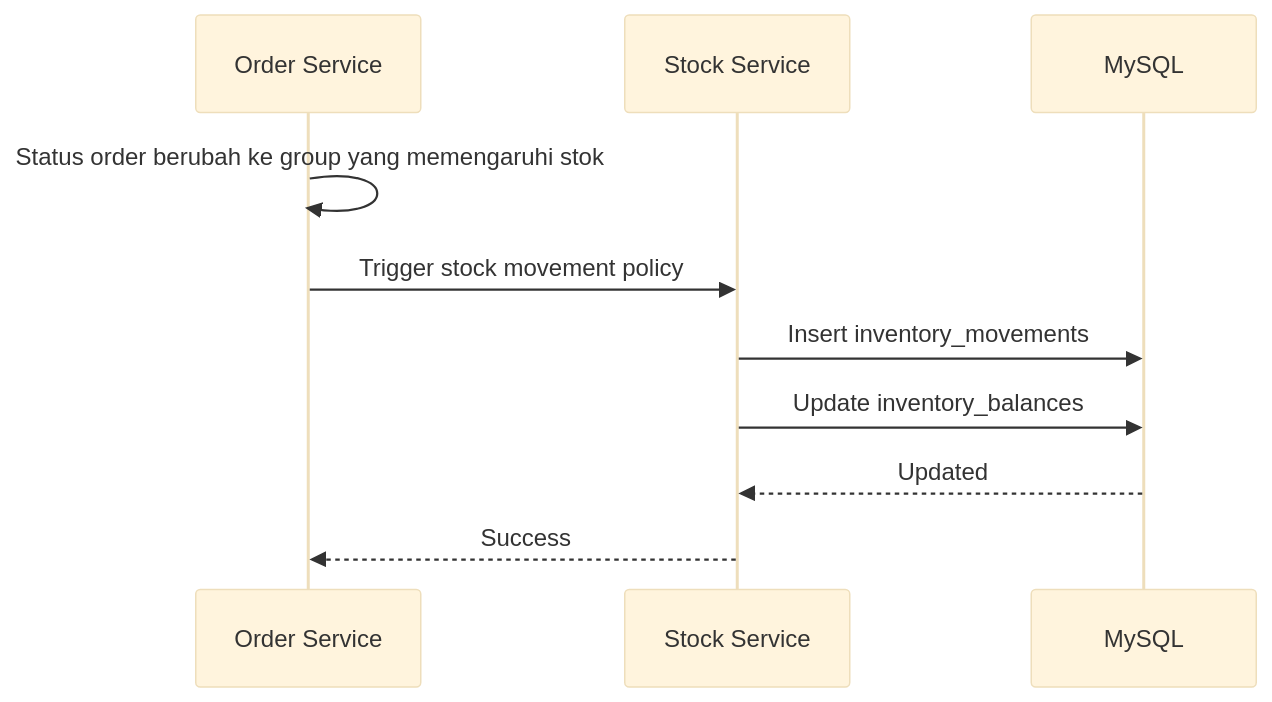
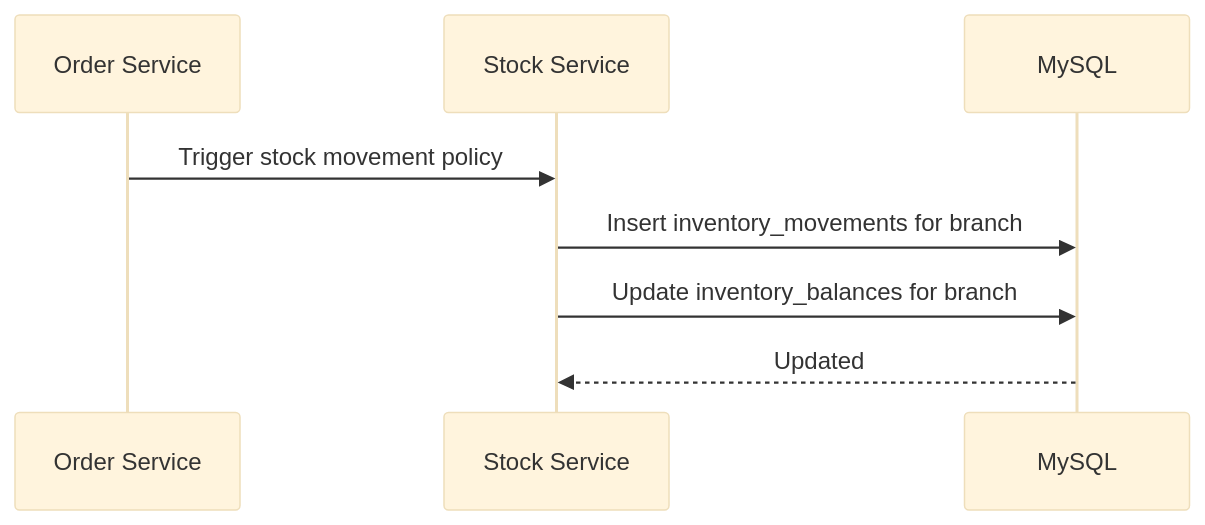
Before and after one commit to DimasPrasetio/mini-erp: the ninth of 11 diagrams in SYSTEM_FLOW.md, drawn with Mermaid (base theme). The commit also changed other lines of this file and 10 other files, not shown here.

````diff
--- a/SYSTEM_FLOW.md
+++ b/SYSTEM_FLOW.md
@@ -228,13 +212,11 @@
 ```mermaid
 sequenceDiagram
     participant O as Order Service
     participant S as Stock Service
     participant DB as MySQL
 
-    O->>O: Status order berubah ke group yang memengaruhi stok
     O->>S: Trigger stock movement policy
-    S->>DB: Insert inventory_movements
-    S->>DB: Update inventory_balances
+    S->>DB: Insert inventory_movements for branch
+    S->>DB: Update inventory_balances for branch
     DB-->>S: Updated
-    S-->>O: Success
 ```
````
